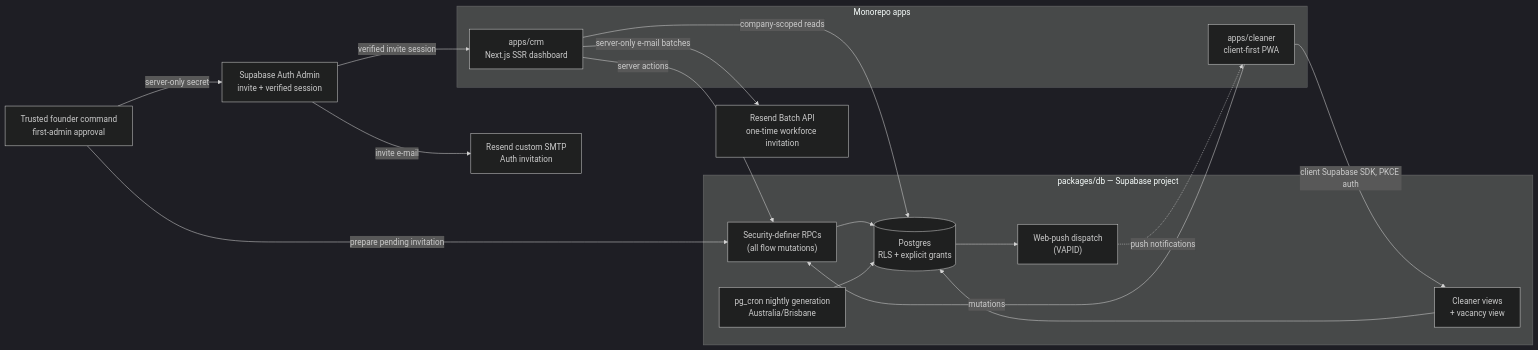
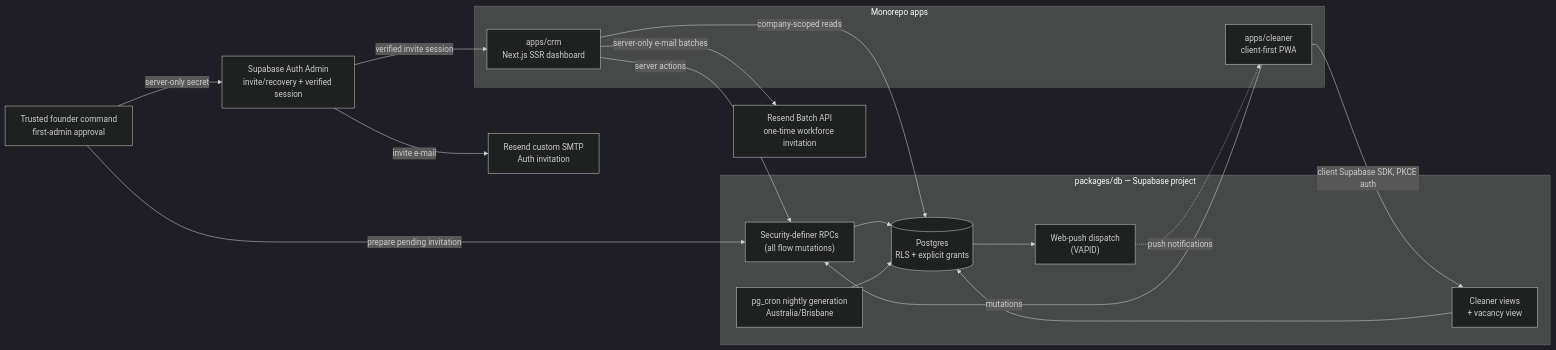
One commit to lspinheiro/clean_app_crm changed the first of 2 diagrams in docs/design/phase-a-adoption/hld.md. Above: the diagram before and after it, drawn with Mermaid (dark theme). The commit also changed other lines of this file and 19 other files, not shown here.

````diff
--- a/docs/design/phase-a-adoption/hld.md
+++ b/docs/design/phase-a-adoption/hld.md
@@ -45,32 +45,32 @@
 ```mermaid
 flowchart LR
     subgraph appsGroup["Monorepo apps"]
         CRM["apps/crm\nNext.js SSR dashboard"]
         CLEANER["apps/cleaner\nclient-first PWA"]
     end
     subgraph db["packages/db — Supabase project"]
         RPC["Security-definer RPCs\n(all flow mutations)"]
         VIEWS["Cleaner views\n+ vacancy view"]
         PG[("Postgres\nRLS + explicit grants")]
         CRON["pg_cron nightly generation\nAustralia/Brisbane"]
         PUSH["Web-push dispatch\n(VAPID)"]
     end
     FOUNDER["Trusted founder command\nfirst-admin approval"]
-    AUTH["Supabase Auth Admin\ninvite + verified session"]
+    AUTH["Supabase Auth Admin\ninvite/recovery + verified session"]
     RESEND_BATCH["Resend Batch API\none-time workforce invitation"]
     RESEND_SMTP["Resend custom SMTP\nAuth invitation"]
     FOUNDER -->|"server-only secret"| AUTH
     FOUNDER -->|"prepare pending invitation"| RPC
     AUTH -->|"invite e-mail"| RESEND_SMTP
     AUTH -->|"verified invite session"| CRM
     CRM -->|"server actions"| RPC
     CRM -->|"company-scoped reads"| PG
     CRM -->|"server-only e-mail batches"| RESEND_BATCH
     CLEANER -->|"client Supabase SDK, PKCE auth"| VIEWS
     CLEANER -->|"mutations"| RPC
     RPC --> PG
     VIEWS --> PG
     CRON --> PG
     PG --> PUSH
     PUSH -.->|"push notifications"| CLEANER
 ```
````
